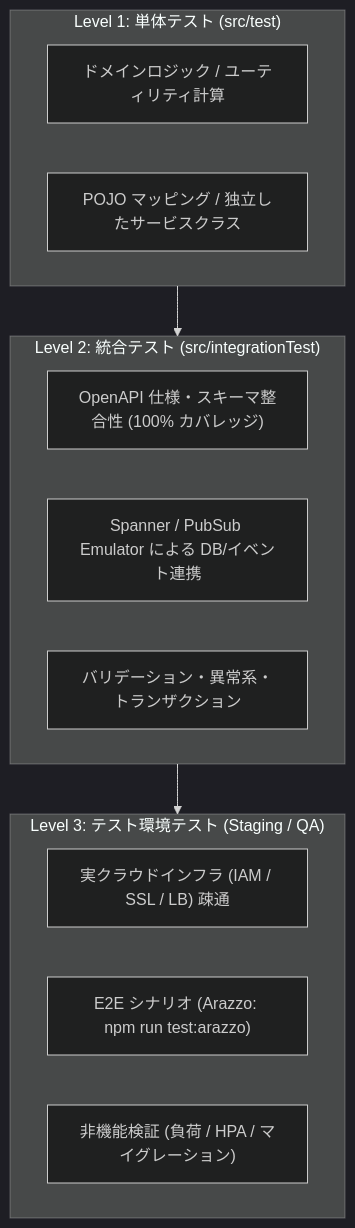
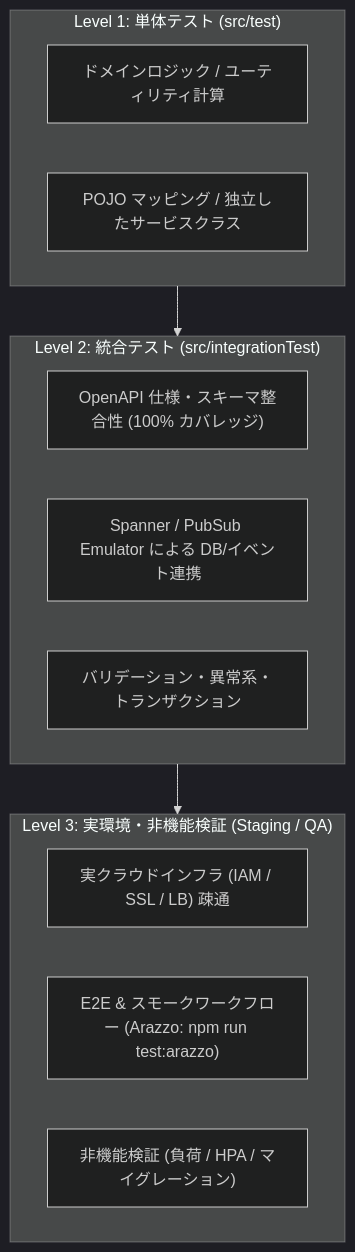
One commit to tom009924/sandbox changed the first of 3 diagrams in docs/testing/test-strategy.md. Above: the diagram before and after it, drawn with Mermaid (dark theme). The commit also changed other lines of this file and 2 other files, not shown here.

First line of the commit message:
docs: unify smoke and E2E testing into Arazzo workflow and remove smoke-test.sh

````diff
--- a/docs/testing/test-strategy.md
+++ b/docs/testing/test-strategy.md
@@ -22,22 +24,22 @@
 ```mermaid
 flowchart TD
-    subgraph Level3["Level 3: テスト環境テスト (Staging / QA)"]
+    subgraph Level3["Level 3: 実環境・非機能検証 (Staging / QA)"]
         L3_1["実クラウドインフラ (IAM / SSL / LB) 疎通"]
-        L3_2["E2E シナリオ (Arazzo: npm run test:arazzo)"]
+        L3_2["E2E & スモークワークフロー (Arazzo: npm run test:arazzo)"]
         L3_3["非機能検証 (負荷 / HPA / マイグレーション)"]
     end
 
     subgraph Level2["Level 2: 統合テスト (src/integrationTest)"]
         L2_1["OpenAPI 仕様・スキーマ整合性 (100% カバレッジ)"]
         L2_2["Spanner / PubSub Emulator による DB/イベント連携"]
         L2_3["バリデーション・異常系・トランザクション"]
     end
 
     subgraph Level1["Level 1: 単体テスト (src/test)"]
         L1_1["ドメインロジック / ユーティリティ計算"]
         L1_2["POJO マッピング / 独立したサービスクラス"]
     end
 
     Level1 --> Level2
     Level2 --> Level3
 ```
````
